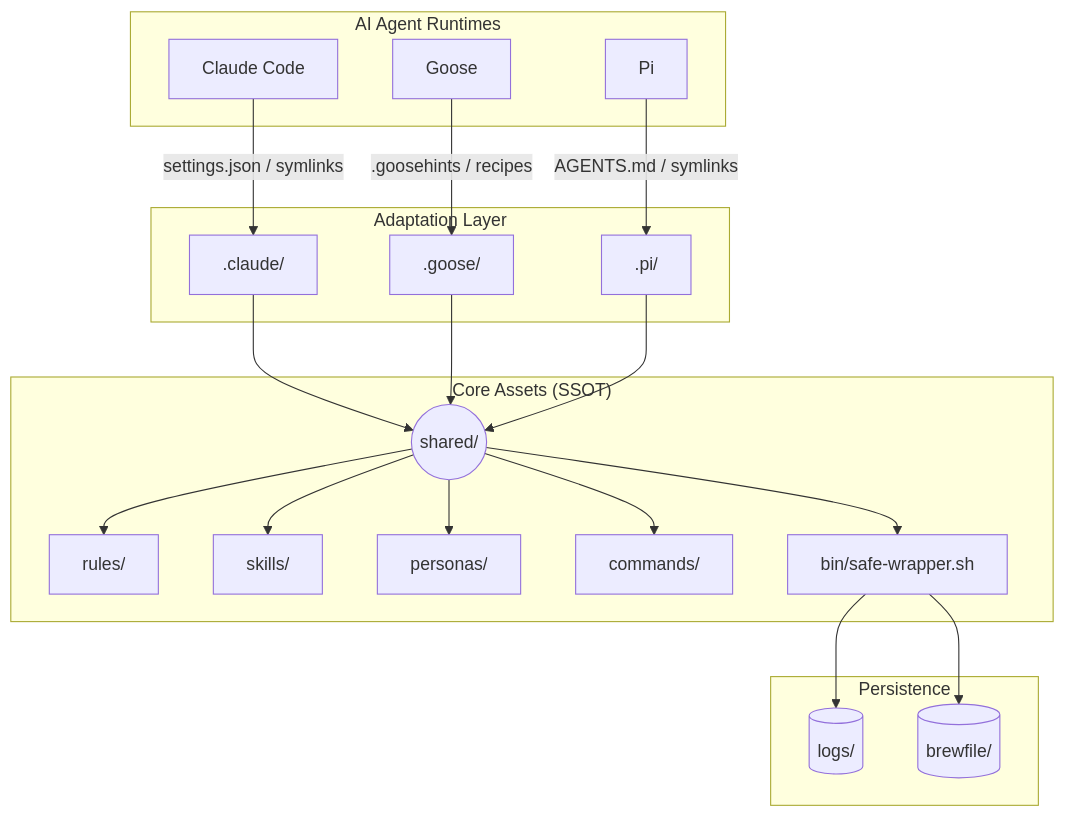
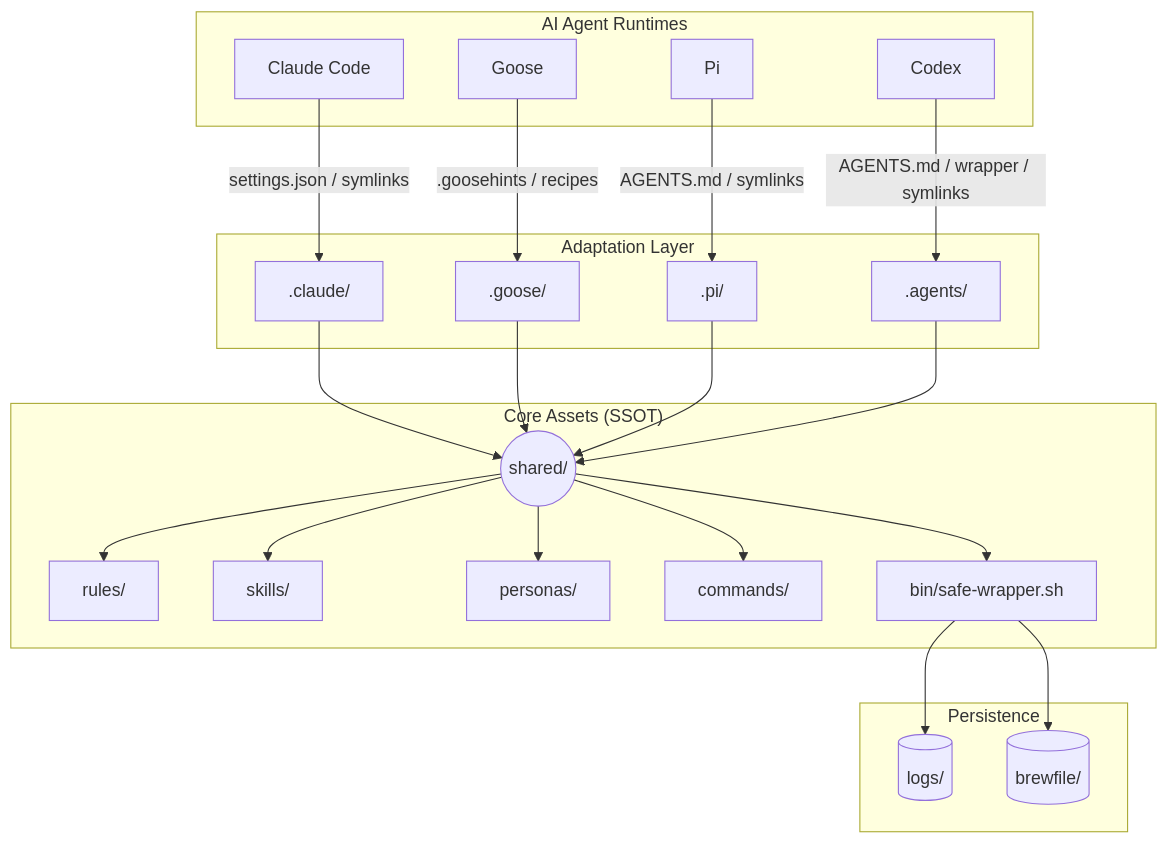
Before and after one commit to williamwang-ty/workspace-sysadmin: the diagram in README.md, drawn with Mermaid. The commit also changed other lines of this file and 3 other files, not shown here.

Commit message:
Add Codex wrapper-mode adapter

````diff
--- a/README.md
+++ b/README.md
@@ -16,29 +16,31 @@
 ```mermaid
 graph TD
     subgraph "AI Agent Runtimes"
         C[Claude Code]
         G[Goose]
         P[Pi]
+        X[Codex]
     end
 
     subgraph "Adaptation Layer"
         C -->|settings.json / symlinks| AC[.claude/]
         G -->|.goosehints / recipes| AG[.goose/]
         P -->|AGENTS.md / symlinks| AP[.pi/]
+        X -->|AGENTS.md / wrapper / symlinks| AX[.agents/]
     end
 
     subgraph "Core Assets (SSOT)"
-        AC & AG & AP --> Shared((shared/))
+        AC & AG & AP & AX --> Shared((shared/))
         
         Shared --> R[rules/]
         Shared --> S[skills/]
         Shared --> P2[personas/]
         Shared --> C2[commands/]
         Shared --> B[bin/safe-wrapper.sh]
     end
 
     subgraph "Persistence"
         B --> L[(logs/)]
         B --> BW[(brewfile/)]
     end
 ```
````
